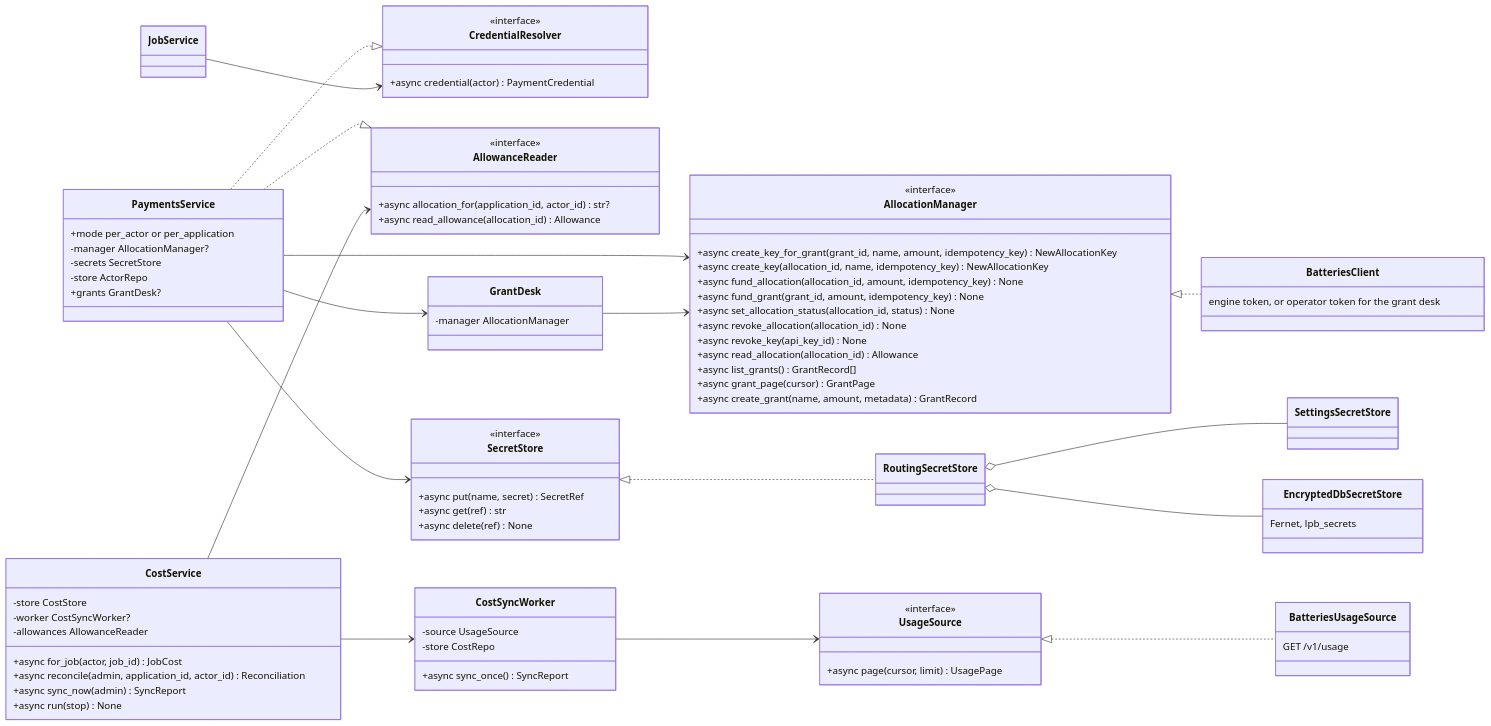
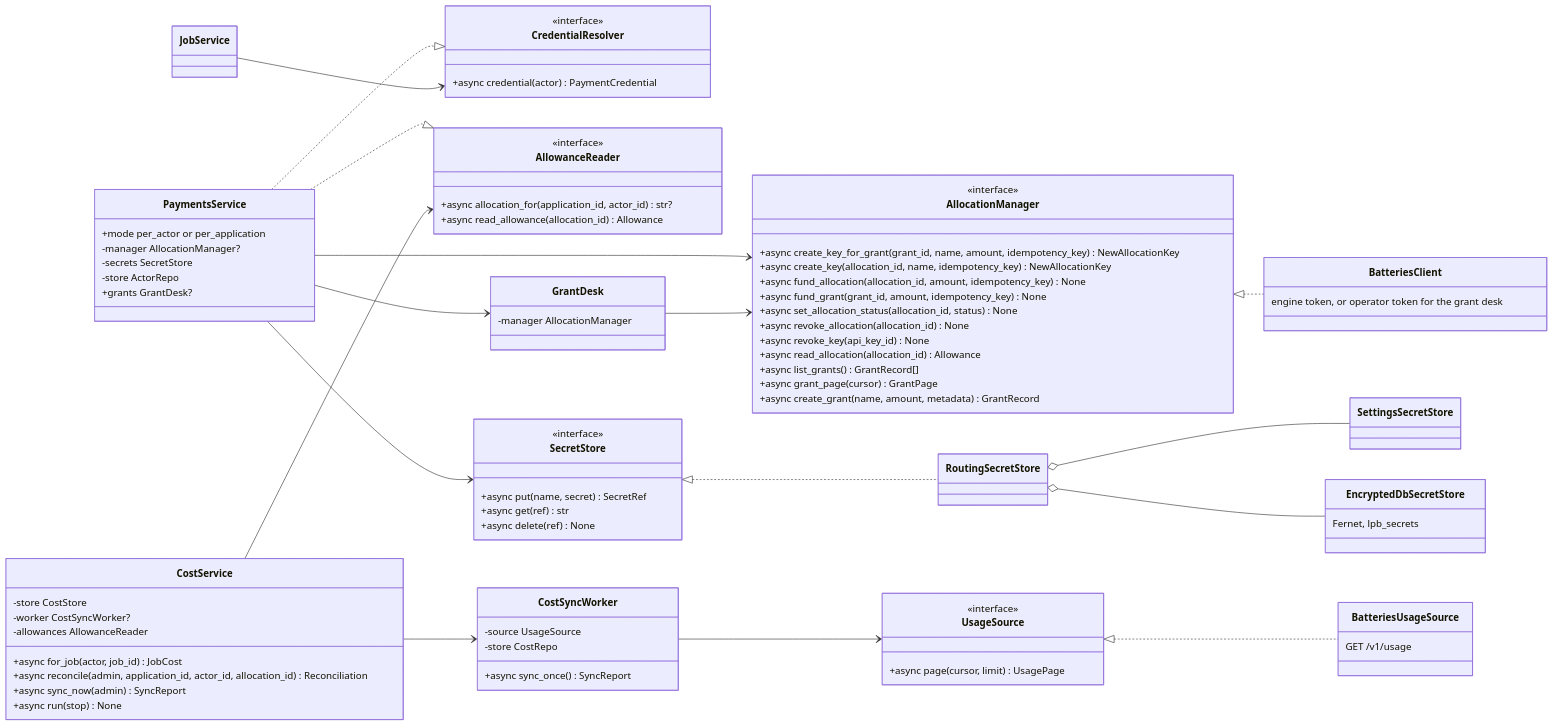
The fifth of 16 diagrams in docs/design-docs/interfaces-and-http-servers.md (NE-Build-Track/livepeer-builder-core), drawn with Mermaid before and after one commit. The commit also changed other lines of this file and 17 other files, not shown here.

```diff
--- a/docs/design-docs/interfaces-and-http-servers.md
+++ b/docs/design-docs/interfaces-and-http-servers.md
@@ -386,7 +386,7 @@
         -worker CostSyncWorker?
         -allowances AllowanceReader
         +async for_job(actor, job_id) JobCost
-        +async reconcile(admin, application_id, actor_id) Reconciliation
+        +async reconcile(admin, application_id, actor_id, allocation_id) Reconciliation
         +async sync_now(admin) SyncReport
         +async run(stop) None
     }
```
